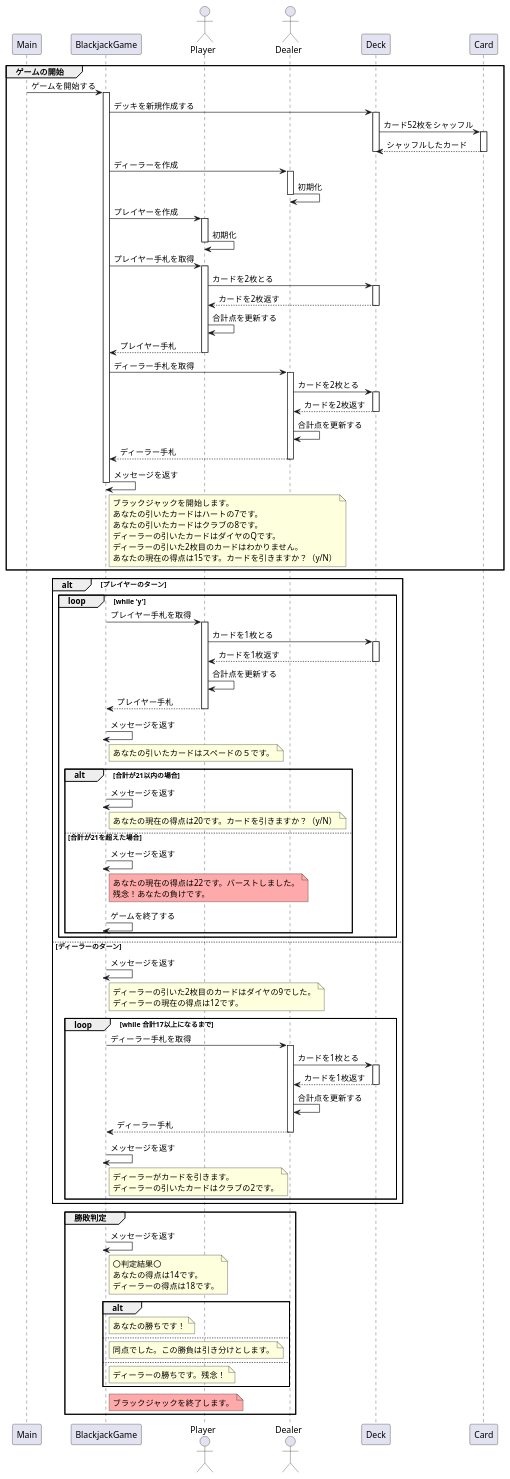
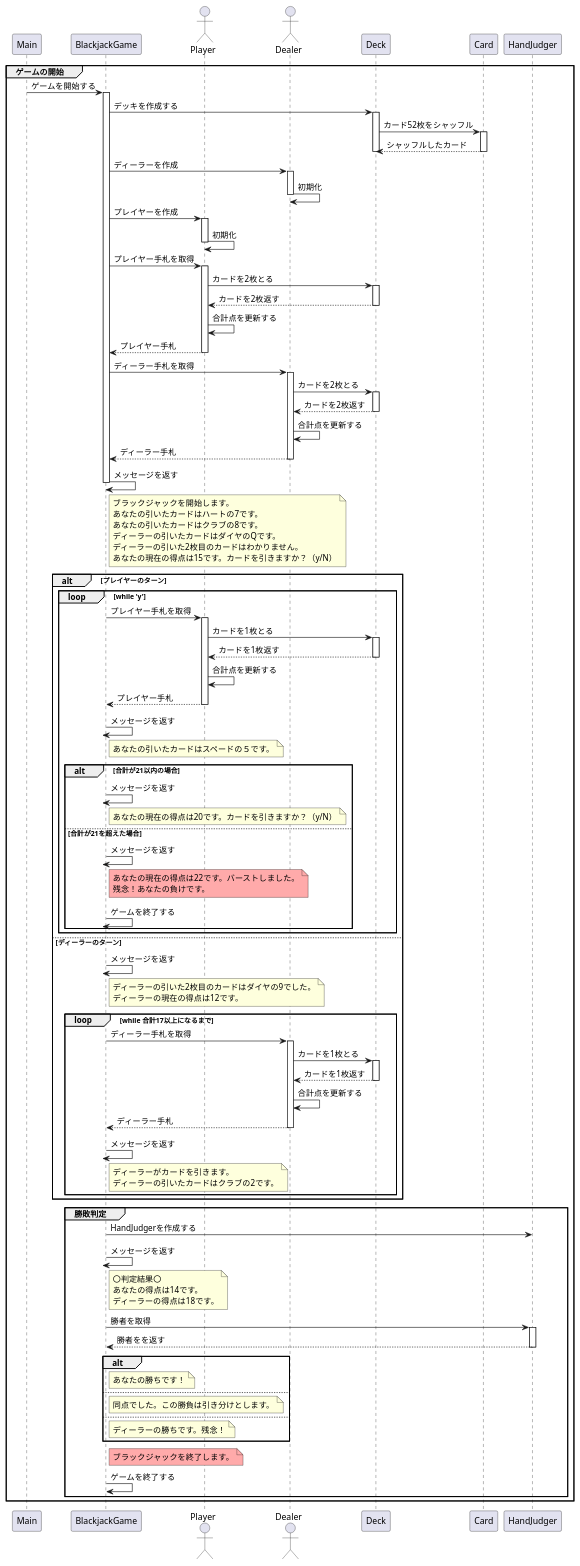
The diagram in uml/sequence.pu (mariko-mr/blackjack), drawn with PlantUML before and after one commit. The commit also changed 1 other file, not shown here.

```diff
--- a/uml/sequence.pu
+++ b/uml/sequence.pu
@@ -1,162 +1,172 @@
 @startuml blackjack
 
 participant Main          as Main
 participant BlackjackGame as Game
 actor       Player        as P
 actor       Dealer        as D
 participant Deck          as Deck
 participant Card          as Card
+participant HandJudger    as HandJudger
 
 group ゲームの開始
     Main -> Game : ゲームを開始する
     activate Game
 
-    Game -> Deck : デッキを新規作成する
+    Game -> Deck : デッキを作成する
     activate Deck
     Deck -> Card : カード52枚をシャッフル
     activate Card
     Card --> Deck : シャッフルしたカード
     deactivate Card
     deactivate Deck
 
     Game -> D : ディーラーを作成
     activate D
     D -> D : 初期化
     deactivate D
 
     Game -> P : プレイヤーを作成
     activate P
     P -> P : 初期化
     deactivate P
 
     Game -> P : プレイヤー手札を取得
     activate P
     P -> Deck : カードを2枚とる
     activate Deck
     Deck --> P : カードを2枚返す
     deactivate Deck
     P -> P : 合計点を更新する
     P --> Game : プレイヤー手札
     deactivate P
 
     Game -> D : ディーラー手札を取得
     activate D
     D -> Deck : カードを2枚とる
     activate Deck
     Deck  --> D : カードを2枚返す
     deactivate Deck
     D -> D : 合計点を更新する
     D --> Game : ディーラー手札
     deactivate D
 
     Game -> Game : メッセージを返す
     deactivate Game
 
     note right Game
         ブラックジャックを開始します。
         あなたの引いたカードはハートの7です。
         あなたの引いたカードはクラブの8です。
         ディーラーの引いたカードはダイヤのQです。
         ディーラーの引いた2枚目のカードはわかりません。
         あなたの現在の得点は15です。カードを引きますか？（y/N）
     end note
-end
 
 
-alt プレイヤーのターン
-    loop  while 'y'
-        Game -> P : プレイヤー手札を取得
-        activate P
-        P -> Deck : カードを1枚とる
-        activate Deck
-        Deck --> P : カードを1枚返す
-        deactivate Deck
-        P -> P : 合計点を更新する
-        P --> Game : プレイヤー手札
-        deactivate P
+    alt プレイヤーのターン
+        loop  while 'y'
+            Game -> P : プレイヤー手札を取得
+            activate P
+            P -> Deck : カードを1枚とる
+            activate Deck
+            Deck --> P : カードを1枚返す
+            deactivate Deck
+            P -> P : 合計点を更新する
+            P --> Game : プレイヤー手札
+            deactivate P
+
+            Game -> Game : メッセージを返す
+            deactivate Game
+
+            note right Game
+                あなたの引いたカードはスペードの５です。
+            end note
+
+            alt 合計が21以内の場合
+                Game -> Game : メッセージを返す
+                deactivate Game
+                note right Game
+                    あなたの現在の得点は20です。カードを引きますか？（y/N）
+                end note
+
+            else 合計が21を超えた場合
+                Game -> Game : メッセージを返す
+                deactivate Game
+                note right Game #FFAAAA
+                    あなたの現在の得点は22です。バーストしました。
+                    残念！あなたの負けです。
+                end note
+                Game -> Game : ゲームを終了する
+                deactivate Game
+            end
+        end
+
+    else ディーラーのターン
+        Game -> Game : メッセージを返す
+        deactivate Game
+        note right Game
+            ディーラーの引いた2枚目のカードはダイヤの9でした。
+            ディーラーの現在の得点は12です。
+        end note
+
+        loop while 合計17以上になるまで
+            Game -> D : ディーラー手札を取得
+            activate D
+            D -> Deck : カードを1枚とる
+            activate Deck
+            Deck  --> D : カードを1枚返す
+            deactivate Deck
+            D -> D : 合計点を更新する
+            D --> Game : ディーラー手札
+            deactivate D
+
+            Game -> Game : メッセージを返す
+            deactivate Game
+
+            note right Game
+                ディーラーがカードを引きます。
+                ディーラーの引いたカードはクラブの2です。
+            end note
+        end
+    end
+
+    group 勝敗判定
+        Game -> HandJudger : HandJudgerを作成する
 
         Game -> Game : メッセージを返す
         deactivate Game
-
         note right Game
-            あなたの引いたカードはスペードの５です。
+            〇判定結果〇
+            あなたの得点は14です。
+            ディーラーの得点は18です。
         end note
 
-        alt 合計が21以内の場合
-            Game -> Game : メッセージを返す
-            deactivate Game
+        Game -> HandJudger : 勝者を取得
+        activate HandJudger
+        HandJudger --> Game : 勝者をを返す
+        deactivate HandJudger
+
+
+        alt
             note right Game
-                あなたの現在の得点は20です。カードを引きますか？（y/N）
+                あなたの勝ちです！
             end note
+        else
+            note right Game
+                同点でした。この勝負は引き分けとします。
+            end note
+        else
+            note right Game
+                ディーラーの勝ちです。残念！
+            end note
+        end
 
-        else 合計が21を超えた場合
-            Game -> Game : メッセージを返す
-            deactivate Game
-            note right Game #FFAAAA
-                あなたの現在の得点は22です。バーストしました。
-                残念！あなたの負けです。
-            end note
-            Game -> Game : ゲームを終了する
-            deactivate Game
-        end
-    end
+        note right Game #FFAAAA
+            ブラックジャックを終了します。
+        end note
 
-else ディーラーのターン
-    Game -> Game : メッセージを返す
-    deactivate Game
-    note right Game
-        ディーラーの引いた2枚目のカードはダイヤの9でした。
-        ディーラーの現在の得点は12です。
-    end note
-
-    loop while 合計17以上になるまで
-        Game -> D : ディーラー手札を取得
-        activate D
-        D -> Deck : カードを1枚とる
-        activate Deck
-        Deck  --> D : カードを1枚返す
-        deactivate Deck
-        D -> D : 合計点を更新する
-        D --> Game : ディーラー手札
-        deactivate D
-
-        Game -> Game : メッセージを返す
-        deactivate Game
-
-        note right Game
-            ディーラーがカードを引きます。
-            ディーラーの引いたカードはクラブの2です。
-        end note
+        Game -> Game : ゲームを終了する
     end
 end
 
-group 勝敗判定
-    Game -> Game : メッセージを返す
-    deactivate Game
-
-    note right Game
-        〇判定結果〇
-        あなたの得点は14です。
-        ディーラーの得点は18です。
-    end note
-
-    alt
-        note right Game
-            あなたの勝ちです！
-        end note
-    else
-        note right Game
-            同点でした。この勝負は引き分けとします。
-        end note
-    else
-        note right Game
-            ディーラーの勝ちです。残念！
-        end note
-    end
-
-    note right Game #FFAAAA
-        ブラックジャックを終了します。
-    end note
-end
-
 @enduml
```
